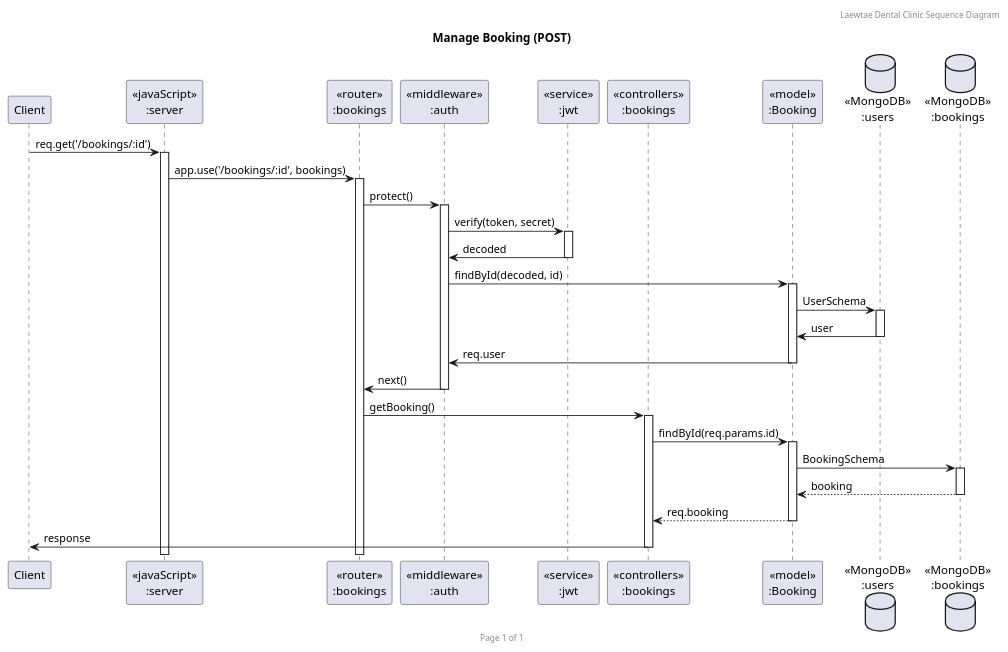
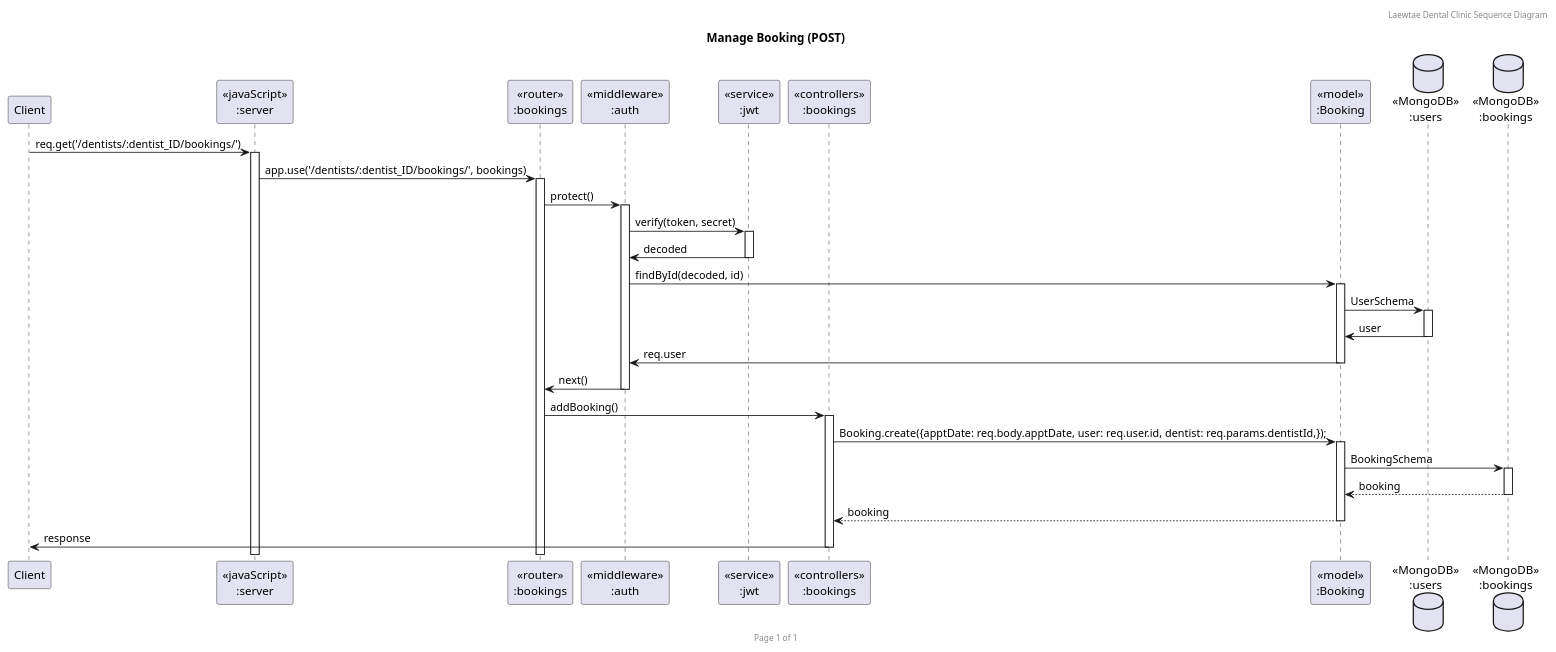
Before and after one commit to nattapong232/DentistBooking: the diagram in UML/SequenceDiagram/Booking/BookingSequencePOST.puml, drawn with PlantUML. The commit also changed 21 other files, not shown here.

Commit message:
Update sequence diagram

```diff
--- a/UML/SequenceDiagram/Booking/BookingSequencePOST.puml
+++ b/UML/SequenceDiagram/Booking/BookingSequencePOST.puml
@@ -1,34 +1,34 @@
-@startuml Manage Booking (GET ONE)
+@startuml Manage Booking (POST)
 
 header Laewtae Dental Clinic Sequence Diagram
 footer Page %page% of %lastpage%
 title "Manage Booking (POST)"
 
 participant "Client" as client
 participant "<<javaScript>>\n:server" as server
 participant "<<router>>\n:bookings" as routerBookings
 participant "<<middleware>>\n:auth" as auth
 participant "<<service>>\n:jwt" as jwt
 participant "<<controllers>>\n:bookings" as controllersBookings
 participant "<<model>>\n:Booking" as modelBooking
 database "<<MongoDB>>\n:users" as UsersDatabase
 database "<<MongoDB>>\n:bookings" as BookingsDatabase
 
-client->server ++:req.get('/bookings/:id')
-server->routerBookings ++:app.use('/bookings/:id', bookings)
+client->server ++:req.get('/dentists/:dentist_ID/bookings/')
+server->routerBookings ++:app.use('/dentists/:dentist_ID/bookings/', bookings)
 routerBookings -> auth ++:protect()
 auth -> jwt ++:verify(token, secret)
 auth <- jwt --:decoded
 auth -> modelBooking ++:findById(decoded, id)
 modelBooking -> UsersDatabase ++:UserSchema
 modelBooking <- UsersDatabase --:user
 auth <- modelBooking --:req.user
 routerBookings <- auth --:next()
-routerBookings -> controllersBookings ++:getBooking()
-controllersBookings->modelBooking ++:findById(req.params.id)
+routerBookings -> controllersBookings ++:addBooking()
+controllersBookings->modelBooking ++:Booking.create({apptDate: req.body.apptDate, user: req.user.id, dentist: req.params.dentistId,});
 modelBooking ->BookingsDatabase ++: BookingSchema
 BookingsDatabase --> modelBooking --: booking
-controllersBookings <-- modelBooking --:req.booking
+controllersBookings <-- modelBooking --:booking
 controllersBookings->client --:response
 
 @enduml
```
